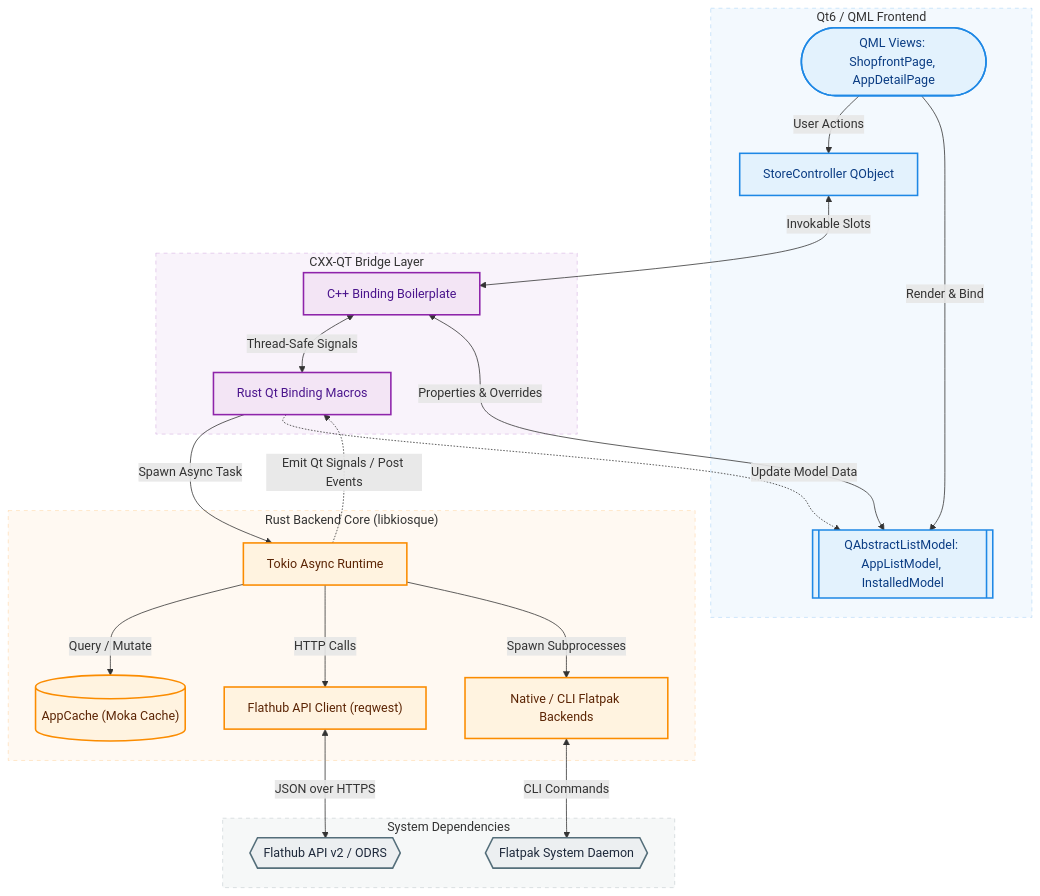
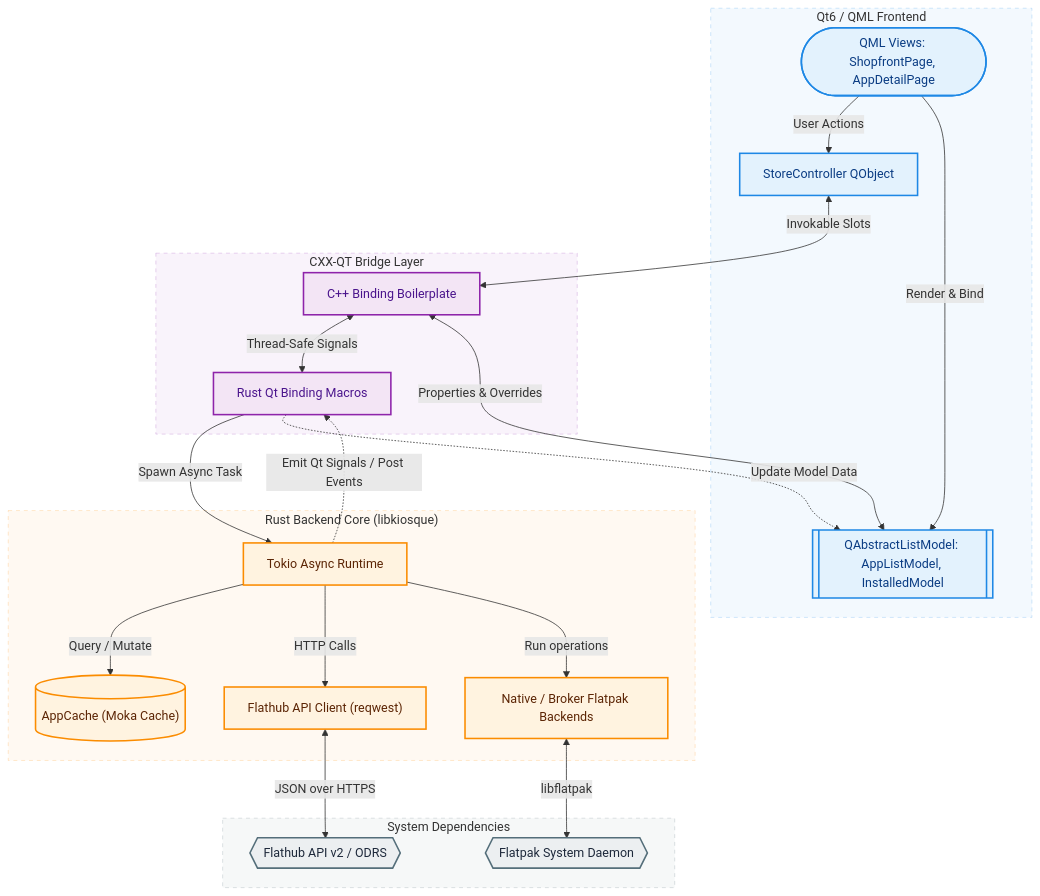
The diagram in README.md (niltonperimneto/kiosque), drawn with Mermaid before and after one commit. The commit also changed other lines of this file and 38 other files, not shown here.

Commit message:
Remove the Flatpak CLI backend and qualify native and broker builds

````diff
--- a/README.md
+++ b/README.md
@@ -56,66 +56,66 @@
 ```mermaid
 graph TD
     %% Frontend Layer
     subgraph Frontend ["Qt6 / QML Frontend"]
         UI(["QML Views: ShopfrontPage, AppDetailPage"])
         Ctrl["StoreController QObject"]
         Models[["QAbstractListModel: AppListModel, InstalledModel"]]
     end
 
     %% CXX-QT Bridge Layer
     subgraph Bridge ["CXX-QT Bridge Layer"]
         CXX_Bridge["C++ Binding Boilerplate"]
         Rust_Bridge["Rust Qt Binding Macros"]
     end
 
     %% Backend Layer
     subgraph Backend ["Rust Backend Core (libkiosque)"]
         Cache[("AppCache (Moka Cache)")]
         Flathub["Flathub API Client (reqwest)"]
-        FlatpakCLI["Native / CLI Flatpak Backends"]
+        FlatpakBackend["Native / Broker Flatpak Backends"]
         Tokio["Tokio Async Runtime"]
     end
 
     %% System Dependencies
     subgraph System ["System Dependencies"]
         FlathubAPI{{"Flathub API v2 / ODRS"}}
         FlatpakSystem{{"Flatpak System Daemon"}}
     end
 
     %% Connections
     UI -->|User Actions| Ctrl
     UI -->|Render & Bind| Models
     
     Ctrl <-->|Invokable Slots| CXX_Bridge
     Models <-->|Properties & Overrides| CXX_Bridge
     
     CXX_Bridge <-->|Thread-Safe Signals| Rust_Bridge
     
     Rust_Bridge -->|Spawn Async Task| Tokio
     Tokio -.->|Emit Qt Signals / Post Events| Rust_Bridge
     Rust_Bridge -.->|Update Model Data| Models
     
     Tokio -->|Query / Mutate| Cache
     Tokio -->|HTTP Calls| Flathub
-    Tokio -->|Spawn Subprocesses| FlatpakCLI
+    Tokio -->|Run operations| FlatpakBackend
     
     Flathub <-->|JSON over HTTPS| FlathubAPI
-    FlatpakCLI <-->|CLI Commands| FlatpakSystem
+    FlatpakBackend <-->|libflatpak| FlatpakSystem
 
     %% Style Classes for Modern Theme
     classDef frontend fill:#E3F2FD,stroke:#1E88E5,stroke-width:2px,color:#0A3C83;
     classDef bridge fill:#F3E5F5,stroke:#8E24AA,stroke-width:2px,color:#4A148C;
     classDef backend fill:#FFF3E0,stroke:#FB8C00,stroke-width:2px,color:#5C2505;
     classDef system fill:#ECEFF1,stroke:#546E7A,stroke-width:2px,color:#1E293B;
 
     class UI,Models,Ctrl frontend;
     class CXX_Bridge,Rust_Bridge bridge;
-    class Tokio,Cache,Flathub,FlatpakCLI backend;
+    class Tokio,Cache,Flathub,FlatpakBackend backend;
     class FlathubAPI,FlatpakSystem system;
 
     %% Subgraph Styling (GitHub Light/Dark theme safe via transparent tints)
     style Frontend fill:#1E88E5,fill-opacity:0.05,stroke:#1E88E5,stroke-opacity:0.25,stroke-width:1px,stroke-dasharray: 5 5;
     style Bridge fill:#8E24AA,fill-opacity:0.05,stroke:#8E24AA,stroke-opacity:0.25,stroke-width:1px,stroke-dasharray: 5 5;
     style Backend fill:#FB8C00,fill-opacity:0.05,stroke:#FB8C00,stroke-opacity:0.25,stroke-width:1px,stroke-dasharray: 5 5;
     style System fill:#546E7A,fill-opacity:0.05,stroke:#546E7A,stroke-opacity:0.25,stroke-width:1px,stroke-dasharray: 5 5;
 ```
````
